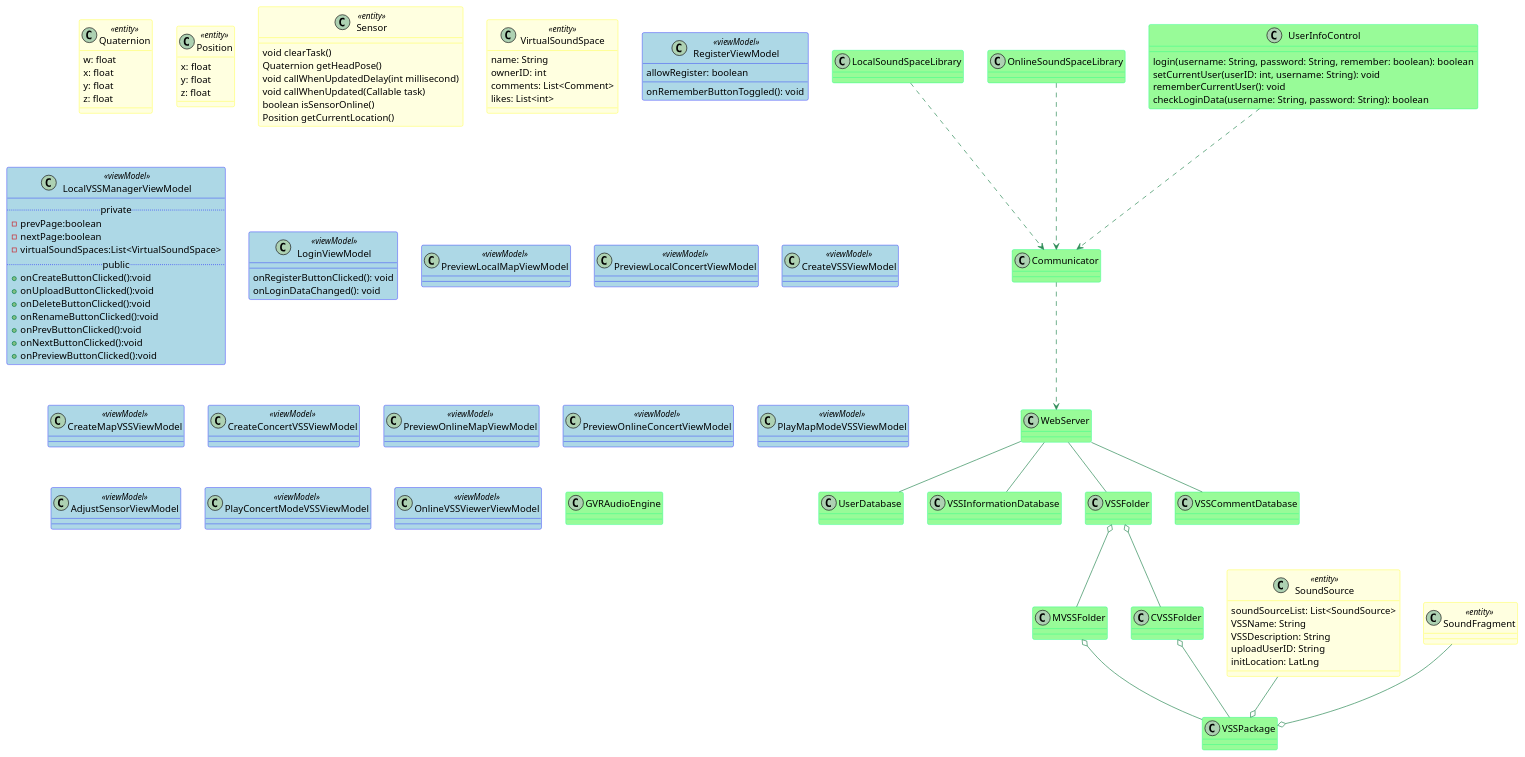
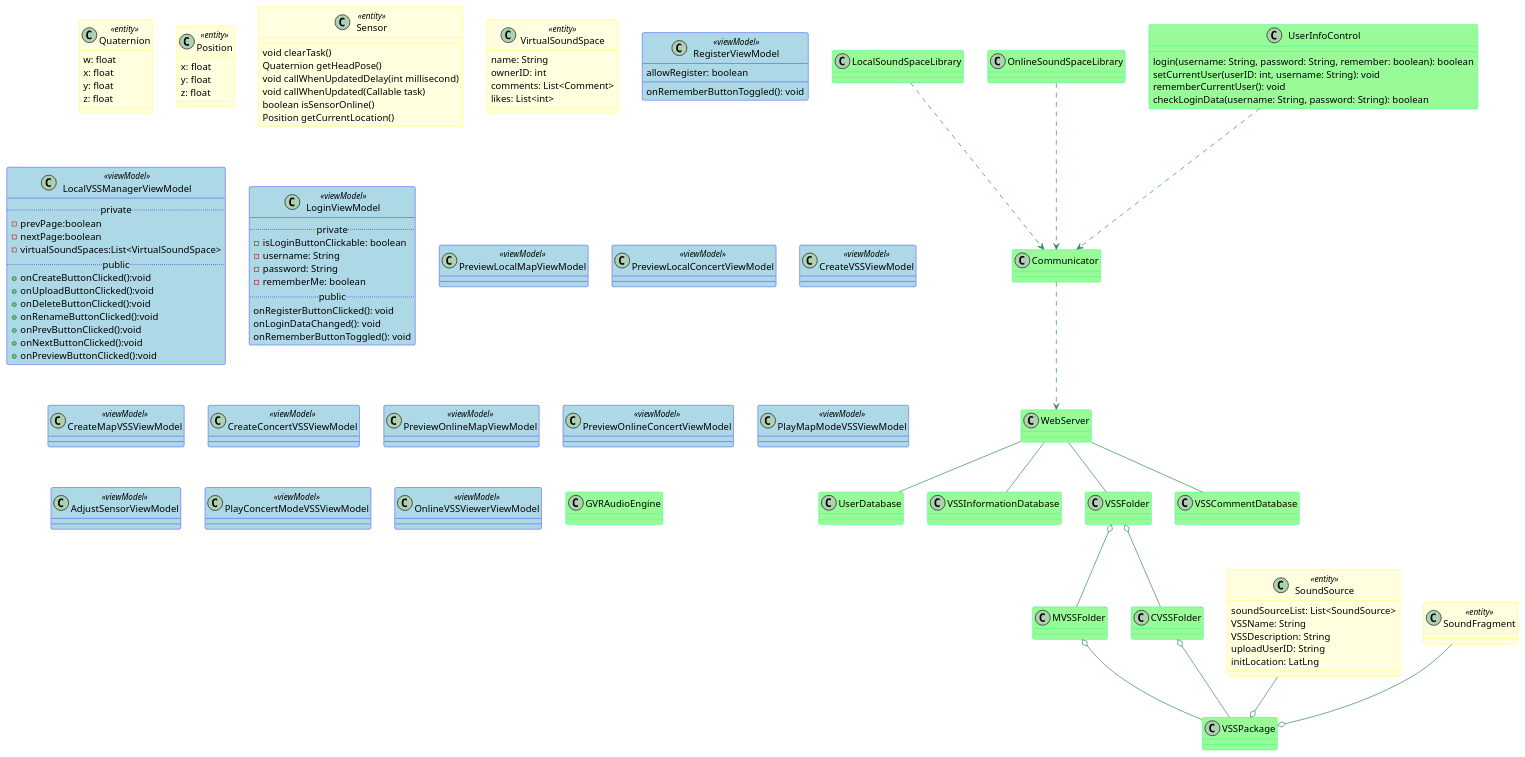
The diagram in 设计/对象模型.md (kpp19920121/doc), drawn with PlantUML before and after one commit.

Commit message:
Updated Object Model

```diff
--- a/设计/对象模型.md
+++ b/设计/对象模型.md
@@ -127,11 +127,19 @@
   +onNextButtonClicked():void
   +onPreviewButtonClicked():void
 }
+
 class LoginViewModel <<viewModel>> {
-
+	..private..
+	- isLoginButtonClickable: boolean
+	- username: String
+	- password: String
+	- rememberMe: boolean
+	..public..
 	onRegisterButtonClicked(): void
 	onLoginDataChanged(): void
+	onRememberButtonToggled(): void
 }
+
 class PreviewLocalMapViewModel <<viewModel>> {
 
 }
```
